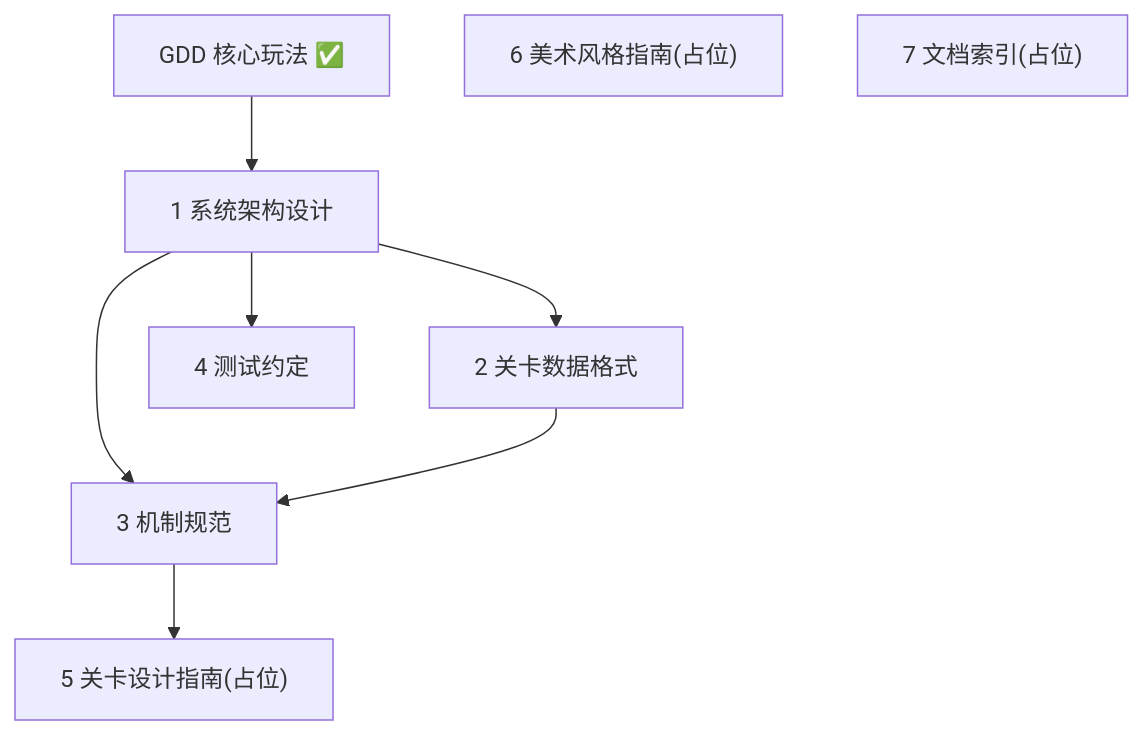
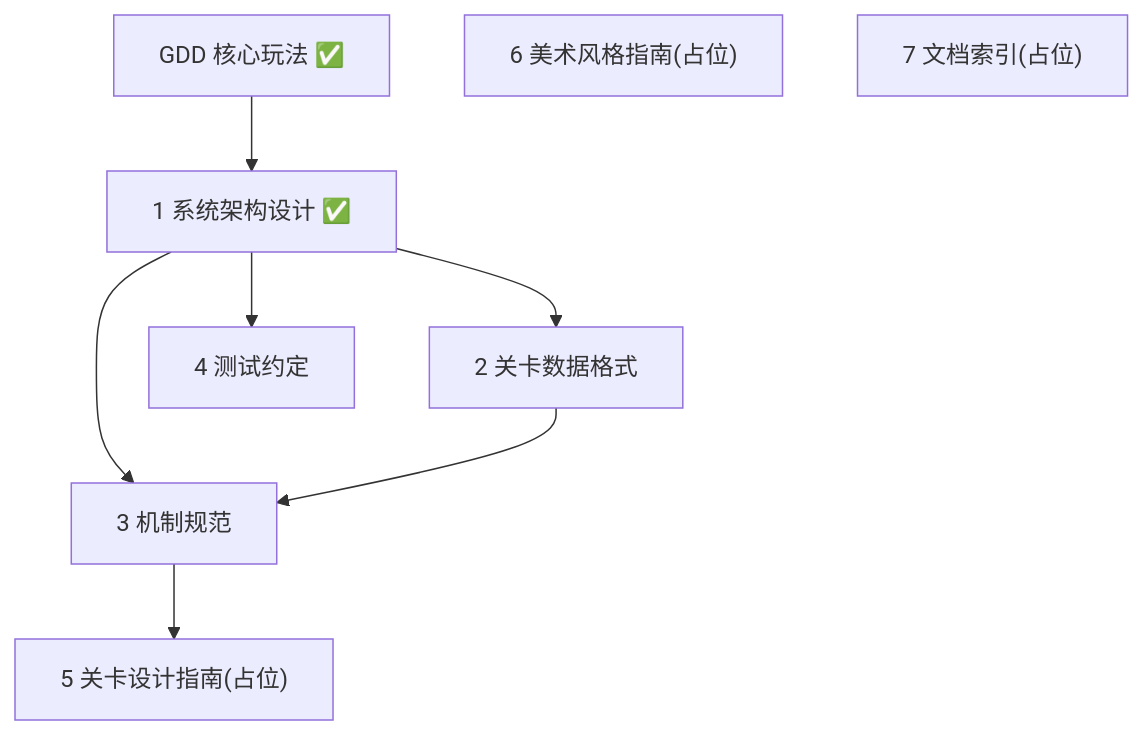
Before and after one commit to earneet/monk: the diagram in docs/superpowers/plans/2026-07-08-documentation-roadmap.md, drawn with Mermaid. The commit also changed other lines of this file and 4 other files, not shown here.

````diff
--- a/docs/superpowers/plans/2026-07-08-documentation-roadmap.md
+++ b/docs/superpowers/plans/2026-07-08-documentation-roadmap.md
@@ -40,11 +40,11 @@
 ```mermaid
 flowchart TD
-    GDD["GDD 核心玩法 ✅"] --> ARCH["1 系统架构设计"]
+    GDD["GDD 核心玩法 ✅"] --> ARCH["1 系统架构设计 ✅"]
     ARCH --> DATA["2 关卡数据格式"]
     ARCH --> MECH["3 机制规范"]
     DATA --> MECH
     ARCH --> TEST["4 测试约定"]
     MECH --> LVL["5 关卡设计指南(占位)"]
     ART["6 美术风格指南(占位)"]
     IDX["7 文档索引(占位)"]
 ```
````
